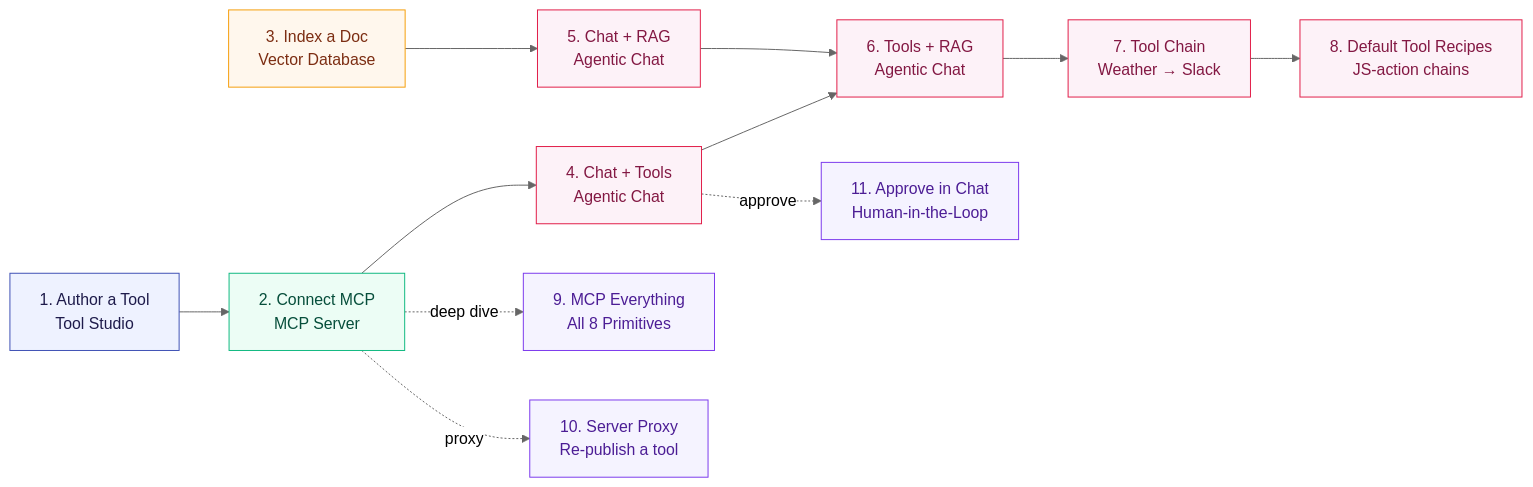
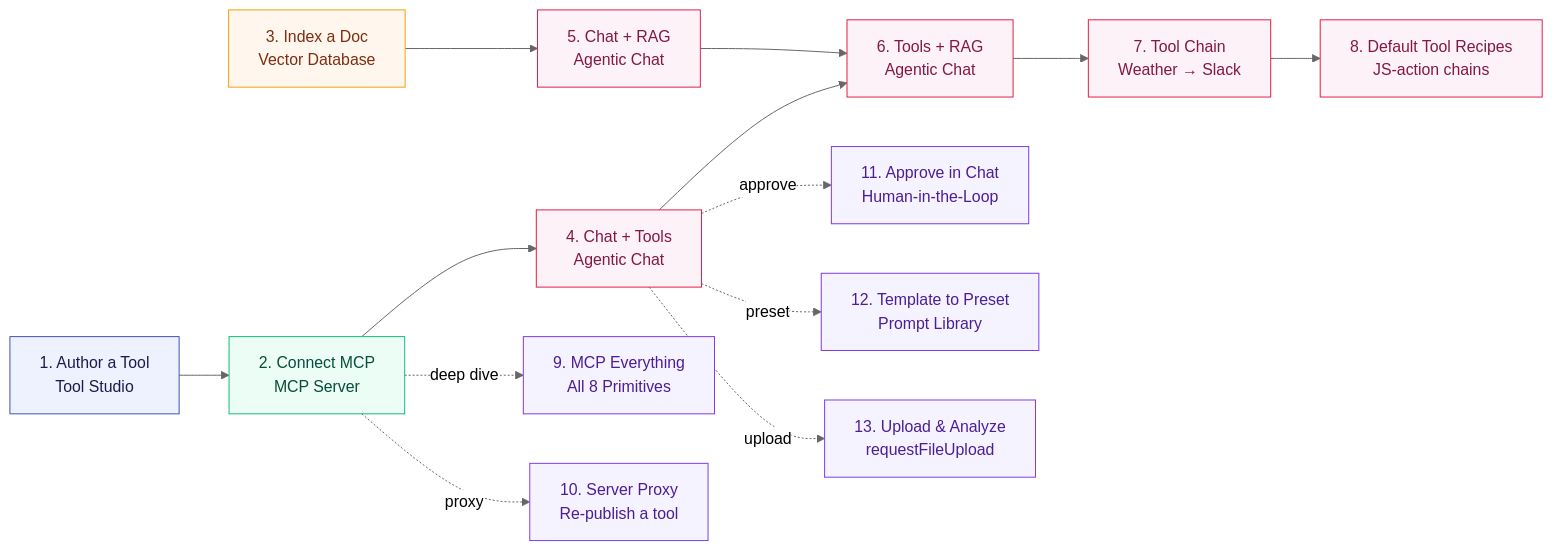
The diagram in docs/tutorials/index.md (spring-ai-community/spring-ai-playground), drawn with Mermaid (neutral theme) before and after one commit. The commit also changed other lines of this file and 57 other files, not shown here.

````diff
--- a/docs/tutorials/index.md
+++ b/docs/tutorials/index.md
@@ -11,34 +11,38 @@
 ```mermaid
 flowchart LR
   T1["1. Author a Tool<br/>Tool Studio"]
   T2["2. Connect MCP<br/>MCP Server"]
   T3["3. Index a Doc<br/>Vector Database"]
   T4["4. Chat + Tools<br/>Agentic Chat"]
   T5["5. Chat + RAG<br/>Agentic Chat"]
   T6["6. Tools + RAG<br/>Agentic Chat"]
   T7["7. Tool Chain<br/>Weather → Slack"]
   T8["8. Default Tool Recipes<br/>JS-action chains"]
   T9["9. MCP Everything<br/>All 8 Primitives"]
   T10["10. Server Proxy<br/>Re-publish a tool"]
   T11["11. Approve in Chat<br/>Human-in-the-Loop"]
+  T12["12. Template to Preset<br/>Prompt Library"]
+  T13["13. Upload & Analyze<br/>requestFileUpload"]
   T1 --> T2
   T2 --> T4
   T3 --> T5
   T4 --> T6
   T5 --> T6
   T6 --> T7
   T7 --> T8
   T2 -. deep dive .-> T9
   T2 -. proxy .-> T10
   T4 -. approve .-> T11
+  T4 -. preset .-> T12
+  T4 -. upload .-> T13
   classDef build fill:#eef2ff,stroke:#3F51B5,color:#1e1b4b
   classDef validate fill:#ecfdf5,stroke:#10b981,color:#064e3b
   classDef ground fill:#fff7ed,stroke:#f59e0b,color:#7c2d12
   classDef compose fill:#fdf2f8,stroke:#e11d48,color:#831843
   classDef bonus fill:#f5f3ff,stroke:#7c3aed,color:#4c1d95
   class T1 build
   class T2 validate
   class T3 ground
   class T4,T5,T6,T7,T8 compose
-  class T9,T10,T11 bonus
+  class T9,T10,T11,T12,T13 bonus
 ```
````
